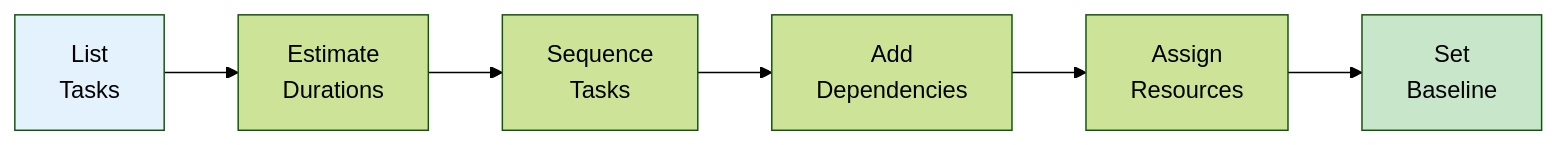
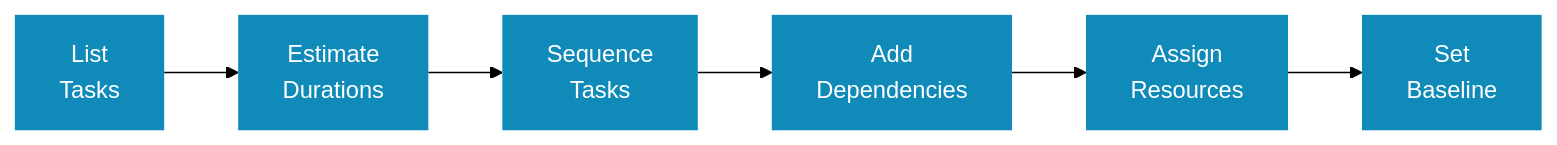
The second of 6 diagrams in _pages/planning/gantt-charts.md (kevinmcaleer/kevstemplates.com), drawn with Mermaid (forest theme) before and after one commit. The commit also changed 72 other files, not shown here.

```diff
--- a/_pages/planning/gantt-charts.md
+++ b/_pages/planning/gantt-charts.md
@@ -71,11 +71,11 @@
 <div class="mermaid">
 flowchart LR
     A[List<br/>Tasks] --> B[Estimate<br/>Durations]
     B --> C[Sequence<br/>Tasks]
     C --> D[Add<br/>Dependencies]
     D --> E[Assign<br/>Resources]
     E --> F[Set<br/>Baseline]
 
-    style A fill:#e3f2fd
-    style F fill:#c8e6c9
+    classDef blue fill:#108BB9,stroke:none,color:#fff
+    class A,B,C,D,E,F blue
 </div>
```
